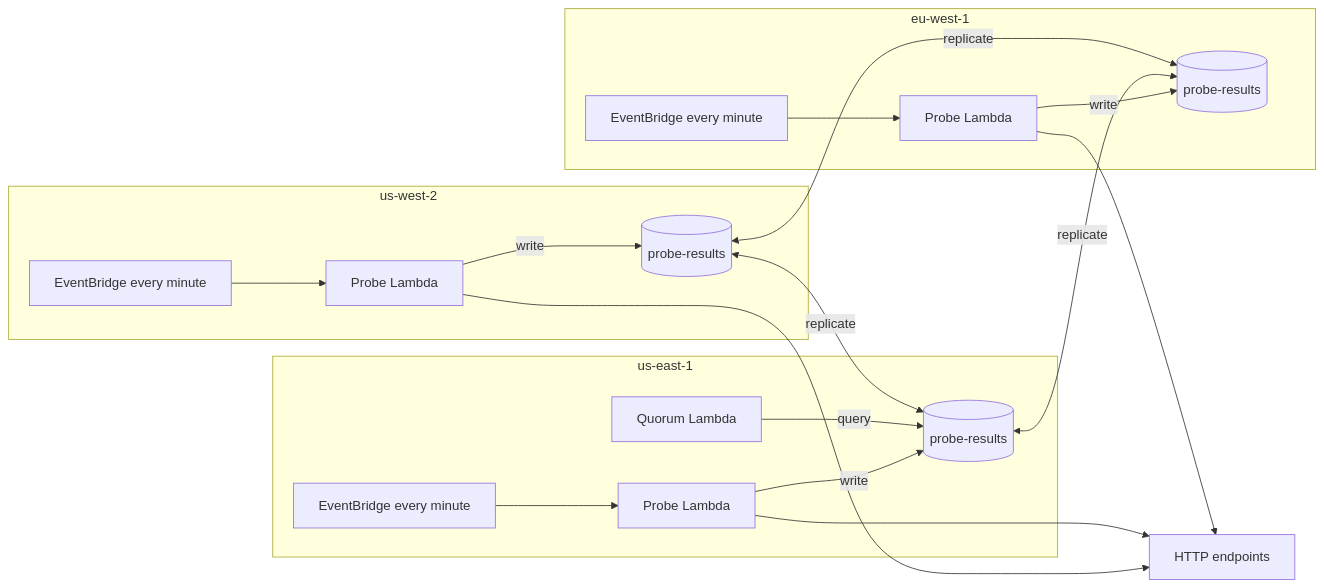
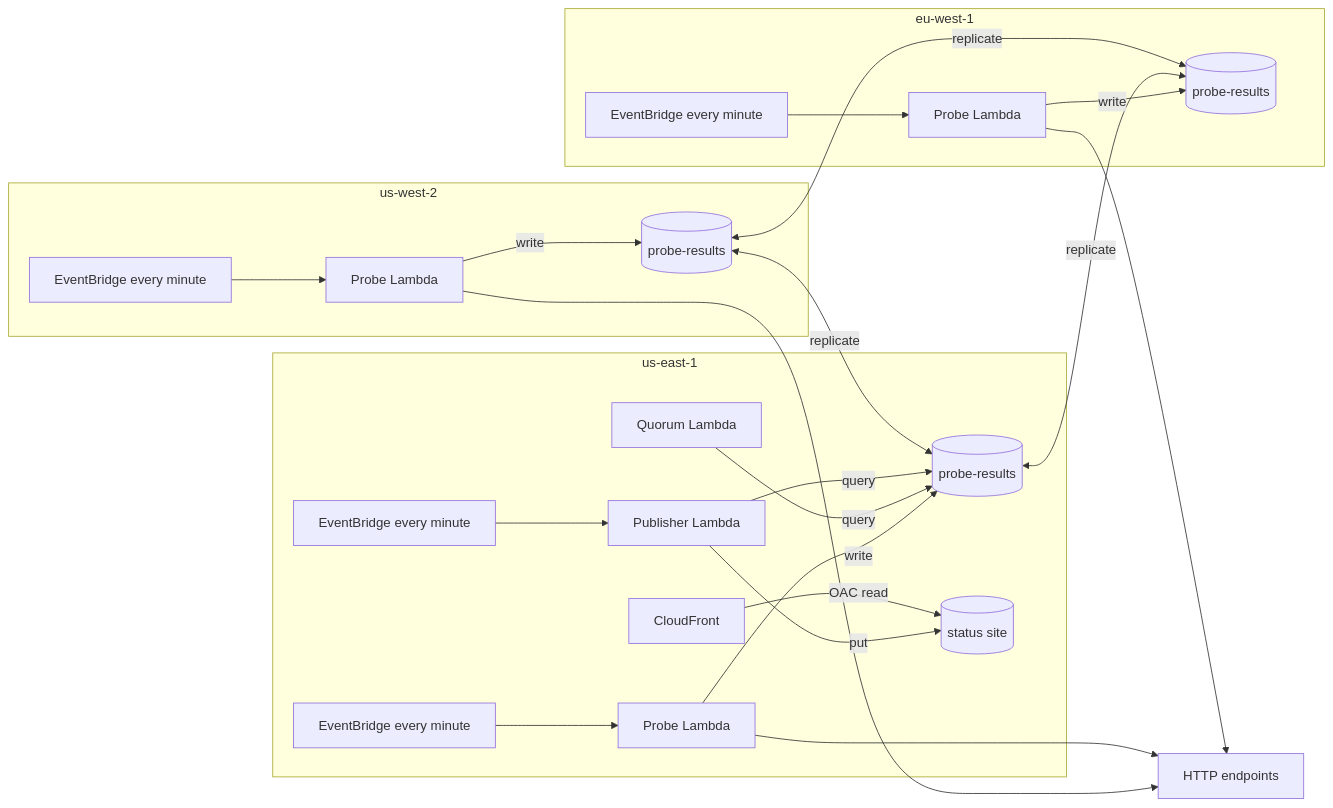
One commit to nickmori05/status-probes changed the diagram in README.md. Above: the diagram before and after it, drawn with Mermaid. The commit also changed other lines of this file, not shown here.

First line of the commit message:
Describe the static status page in the README

````diff
--- a/README.md
+++ b/README.md
@@ -7,28 +7,34 @@
 ```mermaid
 flowchart LR
   subgraph usw2 [us-west-2]
     ruleW[EventBridge every minute] --> fnW[Probe Lambda]
     tableW[("probe-results")]
   end
   subgraph use1 [us-east-1]
     ruleE[EventBridge every minute] --> fnE[Probe Lambda]
     tableE[("probe-results")]
     quorum[Quorum Lambda]
+    ruleP[EventBridge every minute] --> pub[Publisher Lambda]
+    bucket[("status site")]
+    cdn[CloudFront]
   end
   subgraph euw1 [eu-west-1]
     ruleU[EventBridge every minute] --> fnU[Probe Lambda]
     tableU[("probe-results")]
   end
 
   sites[HTTP endpoints]
   fnW --> sites
   fnE --> sites
   fnU --> sites
   fnW -->|write| tableW
   fnE -->|write| tableE
   fnU -->|write| tableU
   quorum -->|query| tableE
+  pub -->|query| tableE
+  pub -->|put| bucket
+  cdn -->|OAC read| bucket
   tableW <-->|replicate| tableE
   tableE <-->|replicate| tableU
   tableW <-->|replicate| tableU
 ```
````
